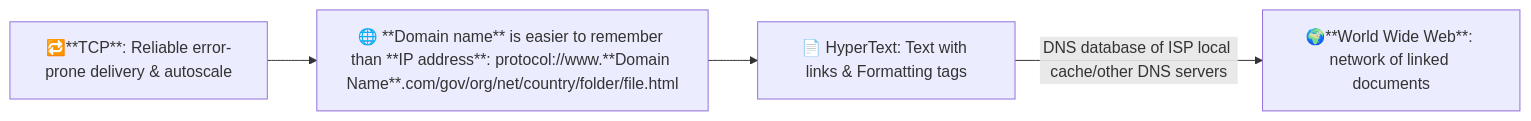
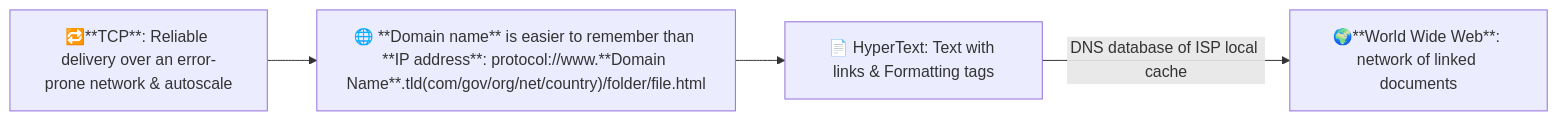
Before and after one commit to 24f2007780/app-dev-book: the second of 3 diagrams in docs/appdev-I-theory/week1/1-network-history-TCP.md, drawn with Mermaid. The commit also changed other lines of this file and 31 other files, not shown here.

````diff
--- a/docs/appdev-I-theory/week1/1-network-history-TCP.md
+++ b/docs/appdev-I-theory/week1/1-network-history-TCP.md
@@ -14,8 +14,8 @@
 ```mermaid
 flowchart LR
-tcp["🔁**TCP**: Reliable error-prone delivery & autoscale"] 
-domain["🌐 **Domain name** is easier to remember than **IP address**: protocol://www.**Domain Name**.com/gov/org/net/country/folder/file.html"]
+tcp["🔁**TCP**: Reliable delivery over an error-prone network & autoscale"] 
+domain["🌐 **Domain name** is easier to remember than **IP address**: protocol://www.**Domain Name**.tld(com/gov/org/net/country)/folder/file.html"]
 http["📄 HyperText: Text with links & Formatting tags"]
 web["🌍**World Wide Web**: network of linked documents"]
-tcp --> domain --> http --"DNS database of ISP local cache/other DNS servers"--> web 
+tcp --> domain --> http --"DNS database of ISP local cache"--> web 
 ```
````
